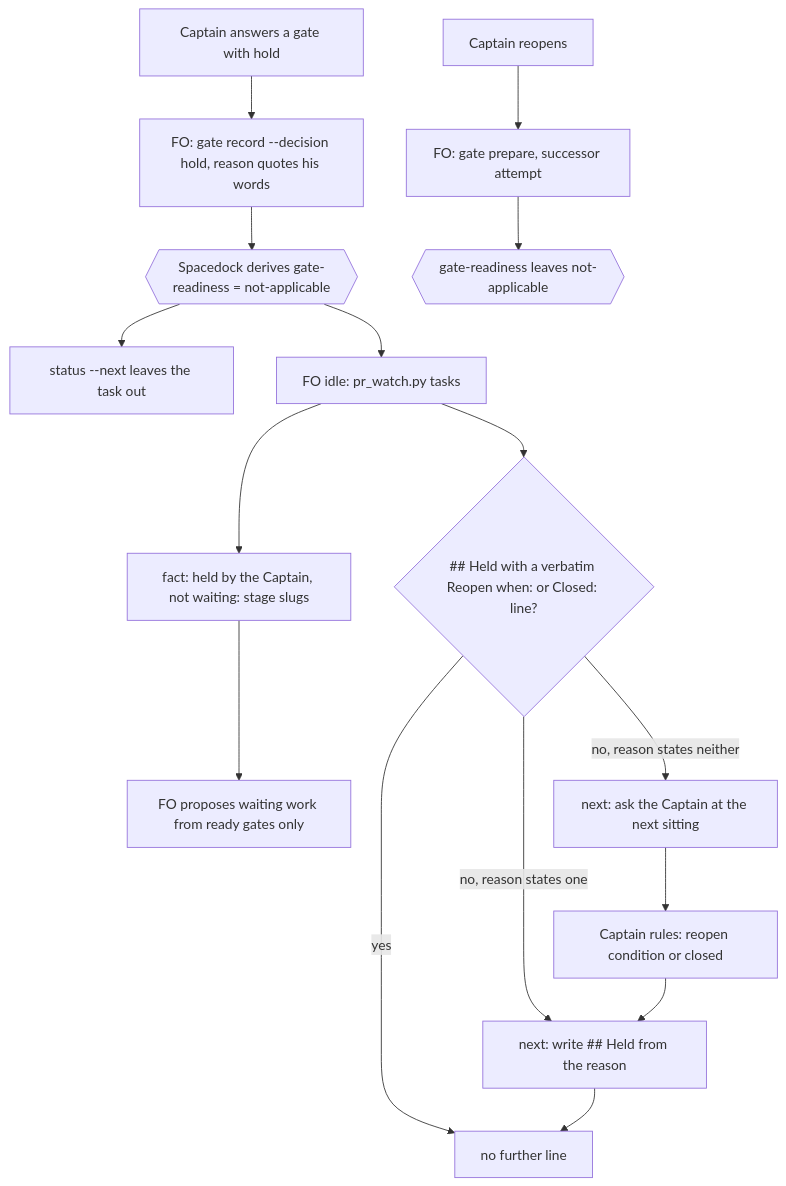
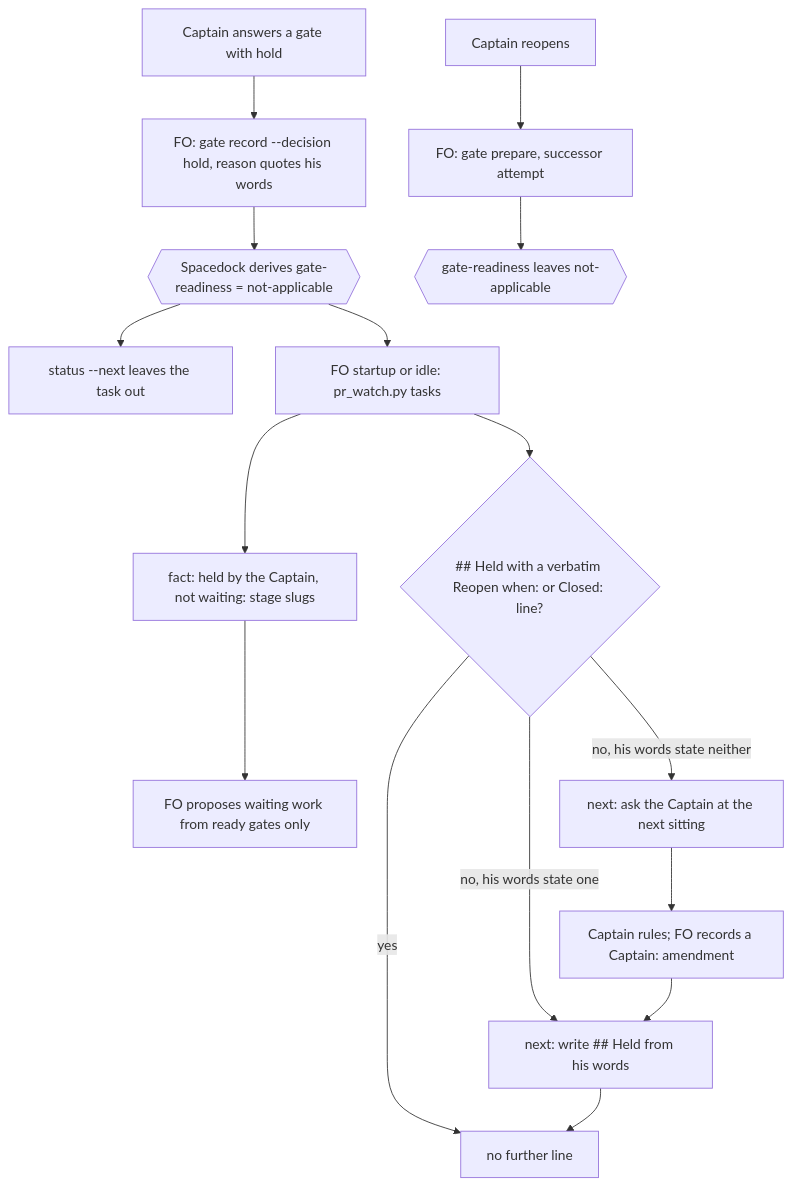
One commit to iamcxa/kc-claude-plugins changed the diagram in held-and-closed-tasks-leave-the-design-queue.md. Above: the diagram before and after it, drawn with Mermaid. The commit also changed other lines of this file and 5 other files, not shown here.

Commit message:
ideation: held-and-closed-tasks-leave-the-design-queue correct claims, add commands and counts

````diff
--- a/held-and-closed-tasks-leave-the-design-queue.md
+++ b/held-and-closed-tasks-leave-the-design-queue.md
@@ -117,14 +124,14 @@
 ```mermaid
 flowchart TD
   C[Captain answers a gate with hold] --> R[FO: gate record --decision hold, reason quotes his words]
   R --> G{{Spacedock derives gate-readiness = not-applicable}}
   G --> N[status --next leaves the task out]
-  G --> P[FO idle: pr_watch.py tasks]
+  G --> P[FO startup or idle: pr_watch.py tasks]
   P --> F[fact: held by the Captain, not waiting: stage slugs]
   P --> H{"## Held with a verbatim Reopen when: or Closed: line?"}
   H -->|yes| OK[no further line]
-  H -->|no, reason states one| W[next: write ## Held from the reason] --> OK
-  H -->|no, reason states neither| A[next: ask the Captain at the next sitting] --> C2[Captain rules: reopen condition or closed] --> W
+  H -->|no, his words state one| W[next: write ## Held from his words] --> OK
+  H -->|no, his words state neither| A[next: ask the Captain at the next sitting] --> C2[Captain rules; FO records a Captain: amendment] --> W
   F --> Q[FO proposes waiting work from ready gates only]
   C3[Captain reopens] --> PR[FO: gate prepare, successor attempt] --> G2{{gate-readiness leaves not-applicable}}
 ```
````
